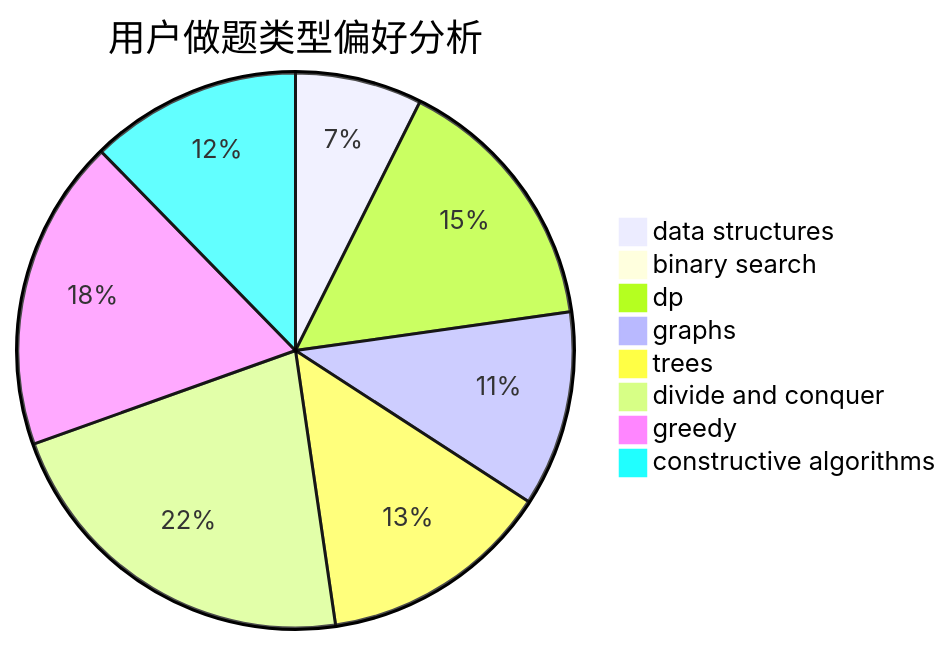
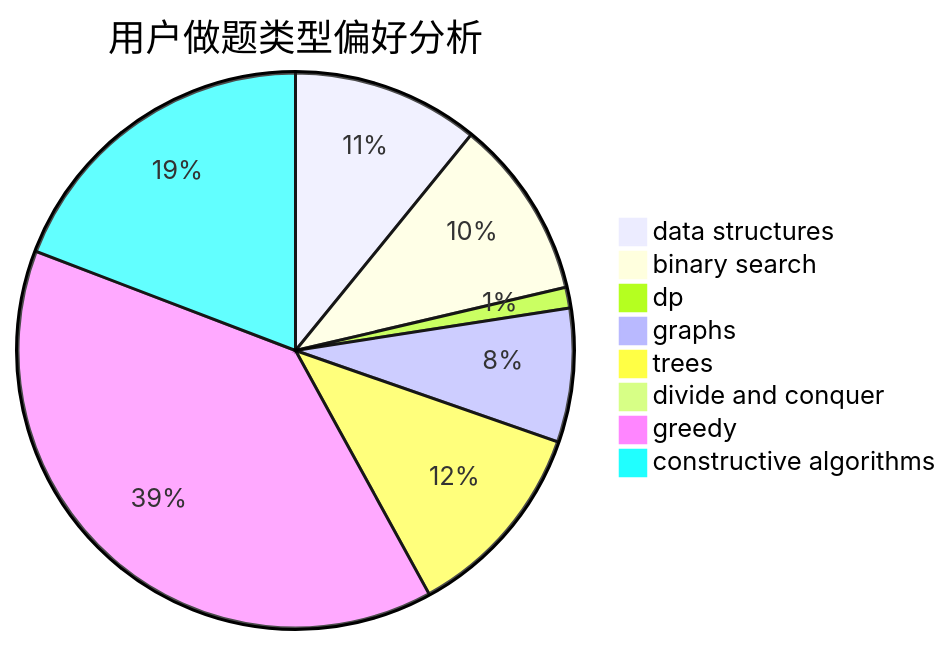
One commit to sherpahu/cfrs.github.io changed the second of 3 diagrams in docs/user/u1847.md. Above: the diagram before and after it, drawn with Mermaid. The commit also changed other lines of this file and 2770 other files, not shown here.

````diff
--- a/docs/user/u1847.md
+++ b/docs/user/u1847.md
@@ -23,11 +23,11 @@
 ```mermaid
 pie title 用户做题类型偏好分析
-    "data structures" :  24
-    "binary search" :  2
-    "dp" :  50
-    "graphs" :  37
-    "trees" :  44
-    "divide and conquer" :  71
-    "greedy" :  59
-    "constructive algorithms" :  40
+    "data structures" :  81
+    "binary search" :  78
+    "dp" :  9
+    "graphs" :  58
+    "trees" :  87
+    "divide and conquer" :  1
+    "greedy" :  289
+    "constructive algorithms" :  143
 ```
````
